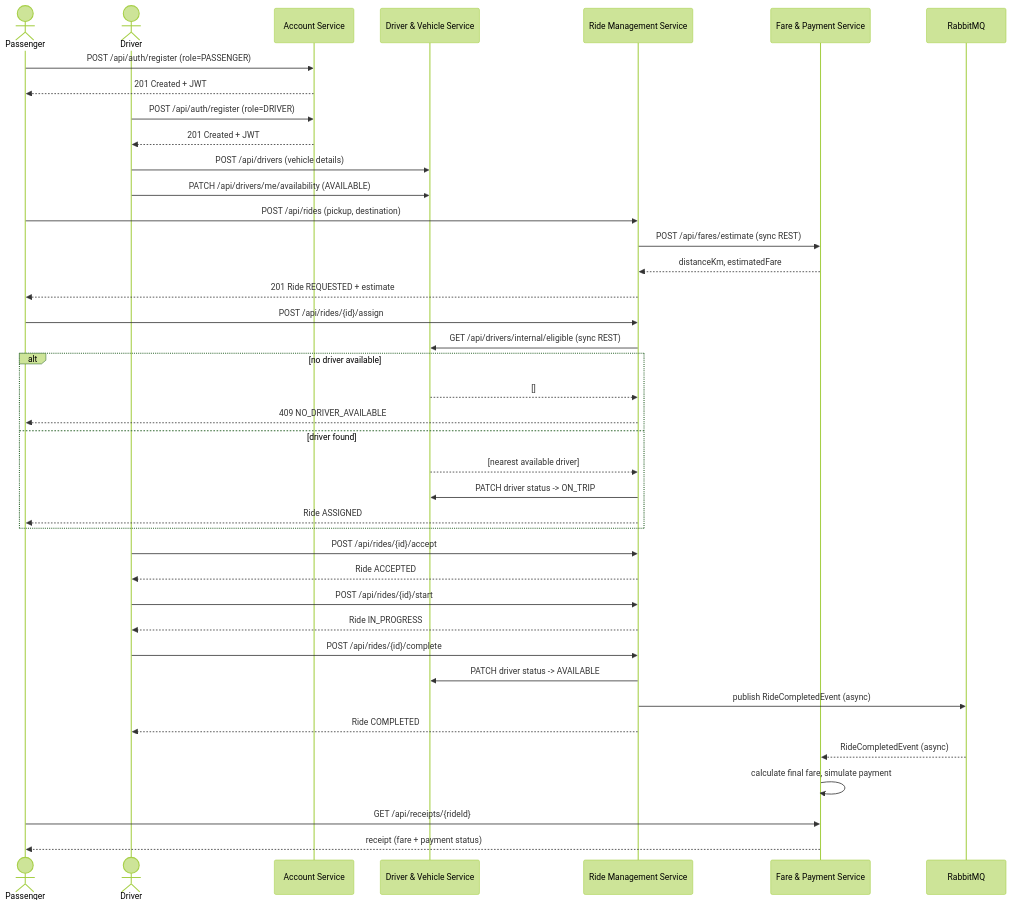
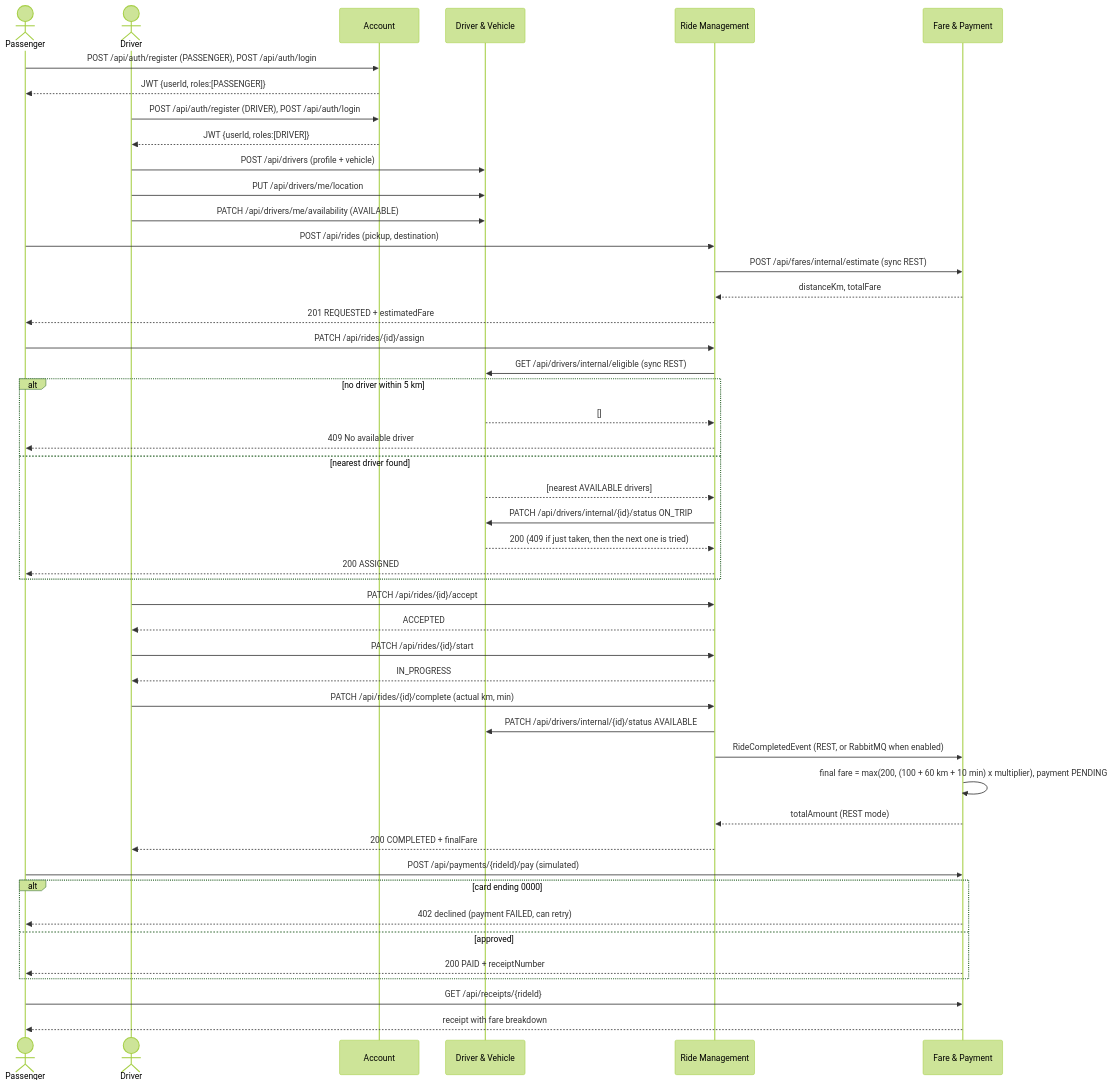
The diagram in docs/sequence-diagram.md (Rohana03/RideLink_AD), drawn with Mermaid (forest theme) before and after one commit. The commit also changed other lines of this file, not shown here.

Commit message:
docs: update sequence diagram to the implemented ride, assignment and payment flow

````diff
--- a/docs/sequence-diagram.md
+++ b/docs/sequence-diagram.md
@@ -5,48 +6,55 @@
 ```mermaid
 sequenceDiagram
     actor Passenger
     actor Driver
-    participant ACC as Account Service
-    participant DRV as Driver & Vehicle Service
-    participant RIDE as Ride Management Service
-    participant FARE as Fare & Payment Service
-    participant MQ as RabbitMQ
+    participant ACC as Account
+    participant DRV as Driver & Vehicle
+    participant RIDE as Ride Management
+    participant FARE as Fare & Payment
 
-    Passenger->>ACC: POST /api/auth/register (role=PASSENGER)
-    ACC-->>Passenger: 201 Created + JWT
+    Passenger->>ACC: POST /api/auth/register (PASSENGER), POST /api/auth/login
+    ACC-->>Passenger: JWT {userId, roles:[PASSENGER]}
+    Driver->>ACC: POST /api/auth/register (DRIVER), POST /api/auth/login
+    ACC-->>Driver: JWT {userId, roles:[DRIVER]}
 
-    Driver->>ACC: POST /api/auth/register (role=DRIVER)
-    ACC-->>Driver: 201 Created + JWT
-    Driver->>DRV: POST /api/drivers (vehicle details)
+    Driver->>DRV: POST /api/drivers (profile + vehicle)
+    Driver->>DRV: PUT /api/drivers/me/location
     Driver->>DRV: PATCH /api/drivers/me/availability (AVAILABLE)
 
     Passenger->>RIDE: POST /api/rides (pickup, destination)
-    RIDE->>FARE: POST /api/fares/estimate (sync REST)
-    FARE-->>RIDE: distanceKm, estimatedFare
-    RIDE-->>Passenger: 201 Ride REQUESTED + estimate
+    RIDE->>FARE: POST /api/fares/internal/estimate (sync REST)
+    FARE-->>RIDE: distanceKm, totalFare
+    RIDE-->>Passenger: 201 REQUESTED + estimatedFare
 
-    Passenger->>RIDE: POST /api/rides/{id}/assign
+    Passenger->>RIDE: PATCH /api/rides/{id}/assign
     RIDE->>DRV: GET /api/drivers/internal/eligible (sync REST)
-    alt no driver available
+    alt no driver within 5 km
         DRV-->>RIDE: []
-        RIDE-->>Passenger: 409 NO_DRIVER_AVAILABLE
-    else driver found
-        DRV-->>RIDE: [nearest available driver]
-        RIDE->>DRV: PATCH driver status -> ON_TRIP
-        RIDE-->>Passenger: Ride ASSIGNED
+        RIDE-->>Passenger: 409 No available driver
+    else nearest driver found
+        DRV-->>RIDE: [nearest AVAILABLE drivers]
+        RIDE->>DRV: PATCH /api/drivers/internal/{id}/status ON_TRIP
+        DRV-->>RIDE: 200 (409 if just taken, then the next one is tried)
+        RIDE-->>Passenger: 200 ASSIGNED
     end
 
-    Driver->>RIDE: POST /api/rides/{id}/accept
-    RIDE-->>Driver: Ride ACCEPTED
-    Driver->>RIDE: POST /api/rides/{id}/start
-    RIDE-->>Driver: Ride IN_PROGRESS
-    Driver->>RIDE: POST /api/rides/{id}/complete
-    RIDE->>DRV: PATCH driver status -> AVAILABLE
-    RIDE->>MQ: publish RideCompletedEvent (async)
-    RIDE-->>Driver: Ride COMPLETED
+    Driver->>RIDE: PATCH /api/rides/{id}/accept
+    RIDE-->>Driver: ACCEPTED
+    Driver->>RIDE: PATCH /api/rides/{id}/start
+    RIDE-->>Driver: IN_PROGRESS
+    Driver->>RIDE: PATCH /api/rides/{id}/complete (actual km, min)
+    RIDE->>DRV: PATCH /api/drivers/internal/{id}/status AVAILABLE
+    RIDE->>FARE: RideCompletedEvent (REST, or RabbitMQ when enabled)
+    FARE->>FARE: final fare = max(200, (100 + 60 km + 10 min) x multiplier), payment PENDING
+    FARE-->>RIDE: totalAmount (REST mode)
+    RIDE-->>Driver: 200 COMPLETED + finalFare
 
-    MQ-->>FARE: RideCompletedEvent (async)
-    FARE->>FARE: calculate final fare, simulate payment
+    Passenger->>FARE: POST /api/payments/{rideId}/pay (simulated)
+    alt card ending 0000
+        FARE-->>Passenger: 402 declined (payment FAILED, can retry)
+    else approved
+        FARE-->>Passenger: 200 PAID + receiptNumber
+    end
     Passenger->>FARE: GET /api/receipts/{rideId}
-    FARE-->>Passenger: receipt (fare + payment status)
+    FARE-->>Passenger: receipt with fare breakdown
 ```
````
